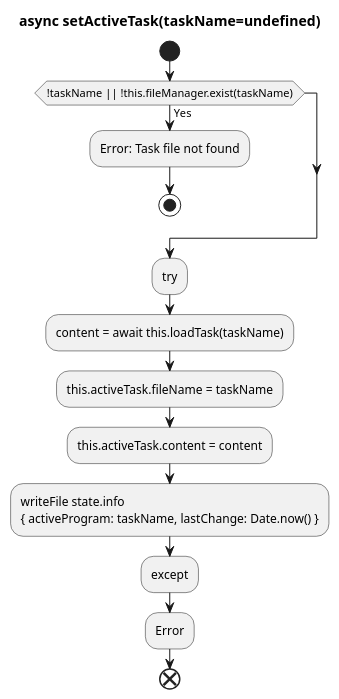
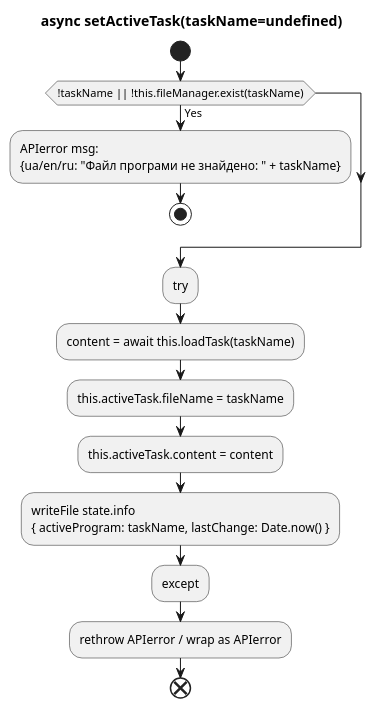
One commit to YVitalii/ASUTP2021 changed the ninth of 9 diagrams in controllers/tasksController/task.puml. Above: the diagram before and after it, drawn with PlantUML. The commit also changed other lines of this file and 9 other files, not shown here.

```diff
--- a/controllers/tasksController/task.puml
+++ b/controllers/tasksController/task.puml
@@ -103,18 +147,19 @@
 @startuml setActiveTask
 
 title async setActiveTask(taskName=undefined)
 start
 if (!taskName || !this.fileManager.exist(taskName)) then (Yes)
-    :Error: Task file not found;
+    :APIerror msg:
+    {ua/en/ru: "Файл програми не знайдено: " + taskName};
     stop
 endif
 :try;
 :content = await this.loadTask(taskName);
 :this.activeTask.fileName = taskName;
 :this.activeTask.content = content;
 :writeFile state.info
 { activeProgram: taskName, lastChange: Date.now() };
 :except;
-:Error;
+:rethrow APIerror / wrap as APIerror;
 end
 @enduml
```
